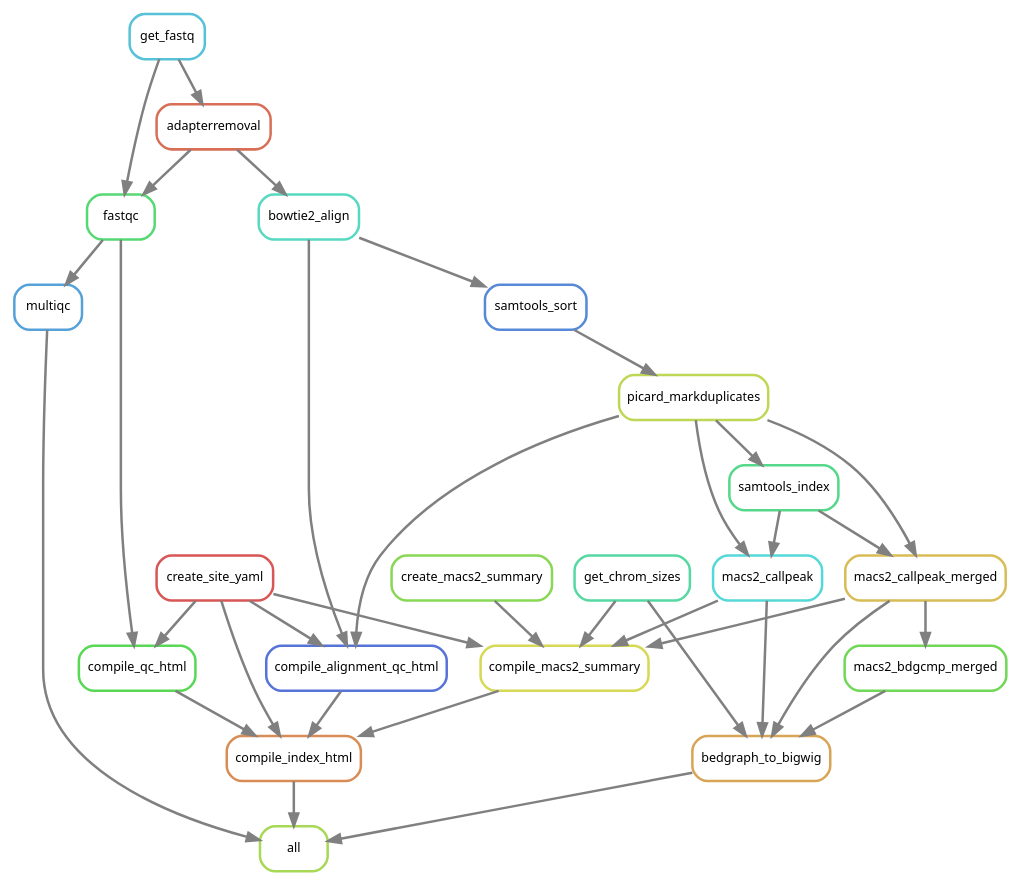
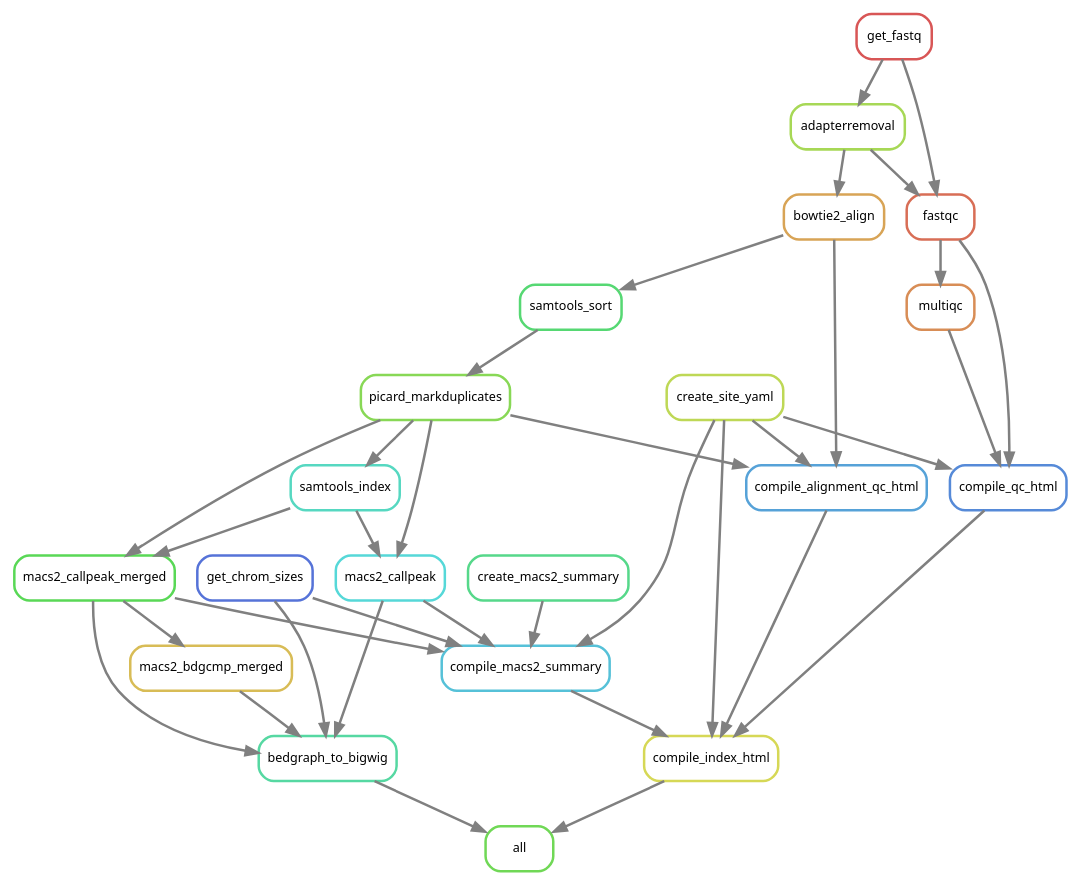
The diagram in workflow/rules/rulegraph.dot (smped/PRJNA509779), drawn with Graphviz before and after one commit. The commit also changed 2 other files, not shown here.

Commit message:
Tried simplifying inputs to rule: all even further again

```diff
--- a/workflow/rules/rulegraph.dot
+++ b/workflow/rules/rulegraph.dot
@@ -1,59 +1,59 @@
 digraph snakemake_dag {
     graph[bgcolor=white, margin=0];
     node[shape=box, style=rounded, fontname=sans,                 fontsize=10, penwidth=2];
     edge[penwidth=2, color=grey];
-	0[label = "all", color = "0.23 0.6 0.85", style="rounded"];
-	1[label = "multiqc", color = "0.57 0.6 0.85", style="rounded"];
-	2[label = "fastqc", color = "0.37 0.6 0.85", style="rounded"];
-	3[label = "get_fastq", color = "0.53 0.6 0.85", style="rounded"];
-	4[label = "adapterremoval", color = "0.03 0.6 0.85", style="rounded"];
-	5[label = "bedgraph_to_bigwig", color = "0.10 0.6 0.85", style="rounded"];
-	6[label = "macs2_callpeak", color = "0.50 0.6 0.85", style="rounded"];
-	7[label = "picard_markduplicates", color = "0.20 0.6 0.85", style="rounded"];
-	8[label = "samtools_sort", color = "0.60 0.6 0.85", style="rounded"];
-	9[label = "bowtie2_align", color = "0.47 0.6 0.85", style="rounded"];
-	10[label = "samtools_index", color = "0.40 0.6 0.85", style="rounded"];
-	11[label = "get_chrom_sizes", color = "0.43 0.6 0.85", style="rounded"];
-	12[label = "macs2_callpeak_merged", color = "0.13 0.6 0.85", style="rounded"];
-	13[label = "macs2_bdgcmp_merged", color = "0.30 0.6 0.85", style="rounded"];
-	14[label = "compile_index_html", color = "0.07 0.6 0.85", style="rounded"];
-	15[label = "compile_macs2_summary", color = "0.17 0.6 0.85", style="rounded"];
-	16[label = "create_macs2_summary", color = "0.27 0.6 0.85", style="rounded"];
-	17[label = "create_site_yaml", color = "0.00 0.6 0.85", style="rounded"];
-	18[label = "compile_qc_html", color = "0.33 0.6 0.85", style="rounded"];
-	19[label = "compile_alignment_qc_html", color = "0.63 0.6 0.85", style="rounded"];
-	5 -> 0
+	0[label = "all", color = "0.30 0.6 0.85", style="rounded"];
+	1[label = "bedgraph_to_bigwig", color = "0.43 0.6 0.85", style="rounded"];
+	2[label = "macs2_callpeak", color = "0.50 0.6 0.85", style="rounded"];
+	3[label = "picard_markduplicates", color = "0.27 0.6 0.85", style="rounded"];
+	4[label = "samtools_sort", color = "0.37 0.6 0.85", style="rounded"];
+	5[label = "bowtie2_align", color = "0.10 0.6 0.85", style="rounded"];
+	6[label = "adapterremoval", color = "0.23 0.6 0.85", style="rounded"];
+	7[label = "get_fastq", color = "0.00 0.6 0.85", style="rounded"];
+	8[label = "samtools_index", color = "0.47 0.6 0.85", style="rounded"];
+	9[label = "get_chrom_sizes", color = "0.63 0.6 0.85", style="rounded"];
+	10[label = "macs2_callpeak_merged", color = "0.33 0.6 0.85", style="rounded"];
+	11[label = "macs2_bdgcmp_merged", color = "0.13 0.6 0.85", style="rounded"];
+	12[label = "compile_index_html", color = "0.17 0.6 0.85", style="rounded"];
+	13[label = "compile_macs2_summary", color = "0.53 0.6 0.85", style="rounded"];
+	14[label = "create_macs2_summary", color = "0.40 0.6 0.85", style="rounded"];
+	15[label = "create_site_yaml", color = "0.20 0.6 0.85", style="rounded"];
+	16[label = "compile_qc_html", color = "0.60 0.6 0.85", style="rounded"];
+	17[label = "fastqc", color = "0.03 0.6 0.85", style="rounded"];
+	18[label = "multiqc", color = "0.07 0.6 0.85", style="rounded"];
+	19[label = "compile_alignment_qc_html", color = "0.57 0.6 0.85", style="rounded"];
+	12 -> 0
 	1 -> 0
-	14 -> 0
+	10 -> 1
+	11 -> 1
 	2 -> 1
+	9 -> 1
 	3 -> 2
-	4 -> 2
-	3 -> 4
-	13 -> 5
-	12 -> 5
+	8 -> 2
+	4 -> 3
+	5 -> 4
 	6 -> 5
-	11 -> 5
-	10 -> 6
 	7 -> 6
-	8 -> 7
-	9 -> 8
-	4 -> 9
-	7 -> 10
-	10 -> 12
-	7 -> 12
-	12 -> 13
-	15 -> 14
-	17 -> 14
-	19 -> 14
-	18 -> 14
-	12 -> 15
-	11 -> 15
-	17 -> 15
-	6 -> 15
-	16 -> 15
-	2 -> 18
+	3 -> 8
+	3 -> 10
+	8 -> 10
+	10 -> 11
+	19 -> 12
+	16 -> 12
+	15 -> 12
+	13 -> 12
+	2 -> 13
+	14 -> 13
+	10 -> 13
+	15 -> 13
+	9 -> 13
+	17 -> 16
+	15 -> 16
+	18 -> 16
+	7 -> 17
+	6 -> 17
 	17 -> 18
-	17 -> 19
-	7 -> 19
-	9 -> 19
+	5 -> 19
+	3 -> 19
+	15 -> 19
 }            
```
